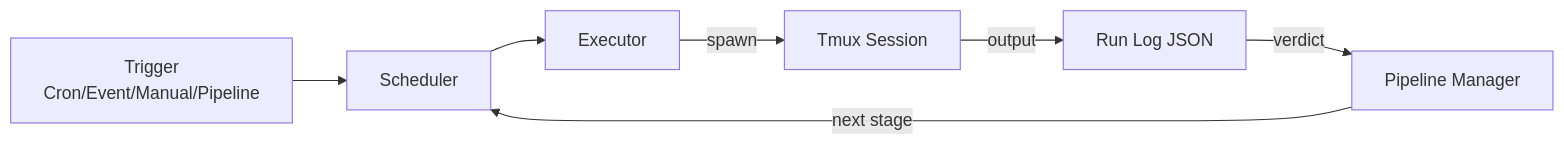
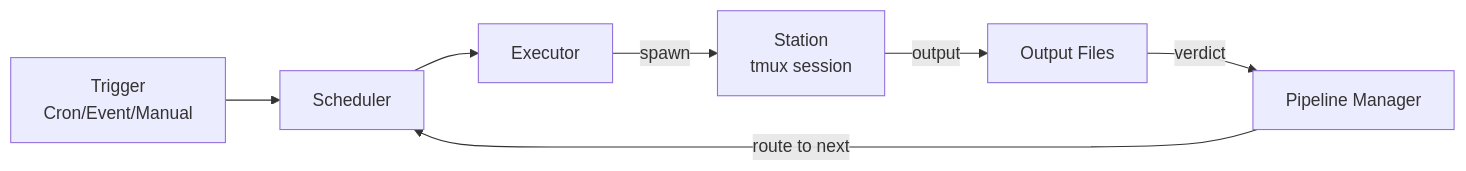
Before and after one commit to mikel-martin-kuik/nolan: the third of 4 diagrams in docs/architecture/00-system-overview.md, drawn with Mermaid. The commit also changed other lines of this file and 67 other files, not shown here.

First line of the commit message:
refactor: Migrate from Cronos/OpenCode to Scheduler-based architecture

````diff
--- a/docs/architecture/00-system-overview.md
+++ b/docs/architecture/00-system-overview.md
@@ -90,9 +126,9 @@
 ```mermaid
 flowchart LR
-    Trigger[Trigger<br/>Cron/Event/Manual/Pipeline] --> Scheduler
+    Trigger[Trigger<br/>Cron/Event/Manual] --> Scheduler
     Scheduler --> Executor
-    Executor --> |spawn| Tmux[Tmux Session]
-    Tmux --> |output| RunLog[Run Log JSON]
-    RunLog --> |verdict| Pipeline[Pipeline Manager]
-    Pipeline --> |next stage| Scheduler
+    Executor --> |spawn| Tmux[Station<br/>tmux session]
+    Tmux --> |output| Files[Output Files]
+    Files --> |verdict| Pipeline[Pipeline Manager]
+    Pipeline --> |route to next| Scheduler
 ```
````
